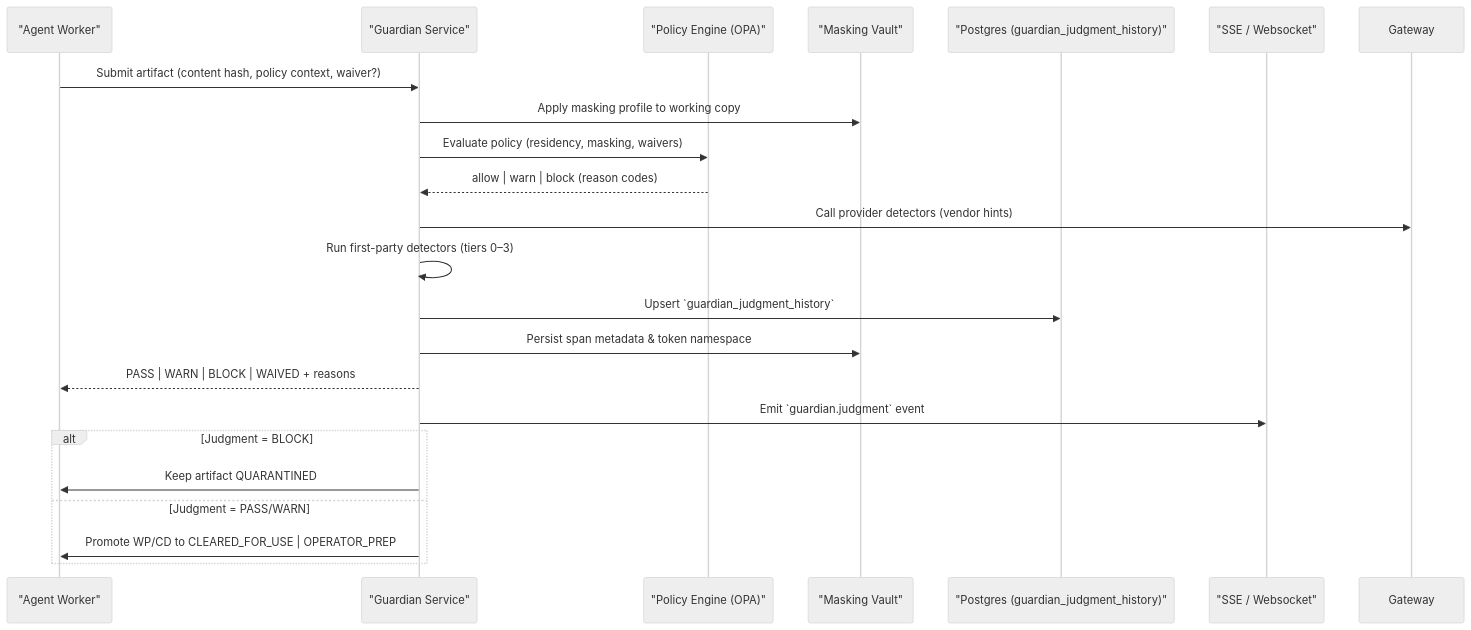
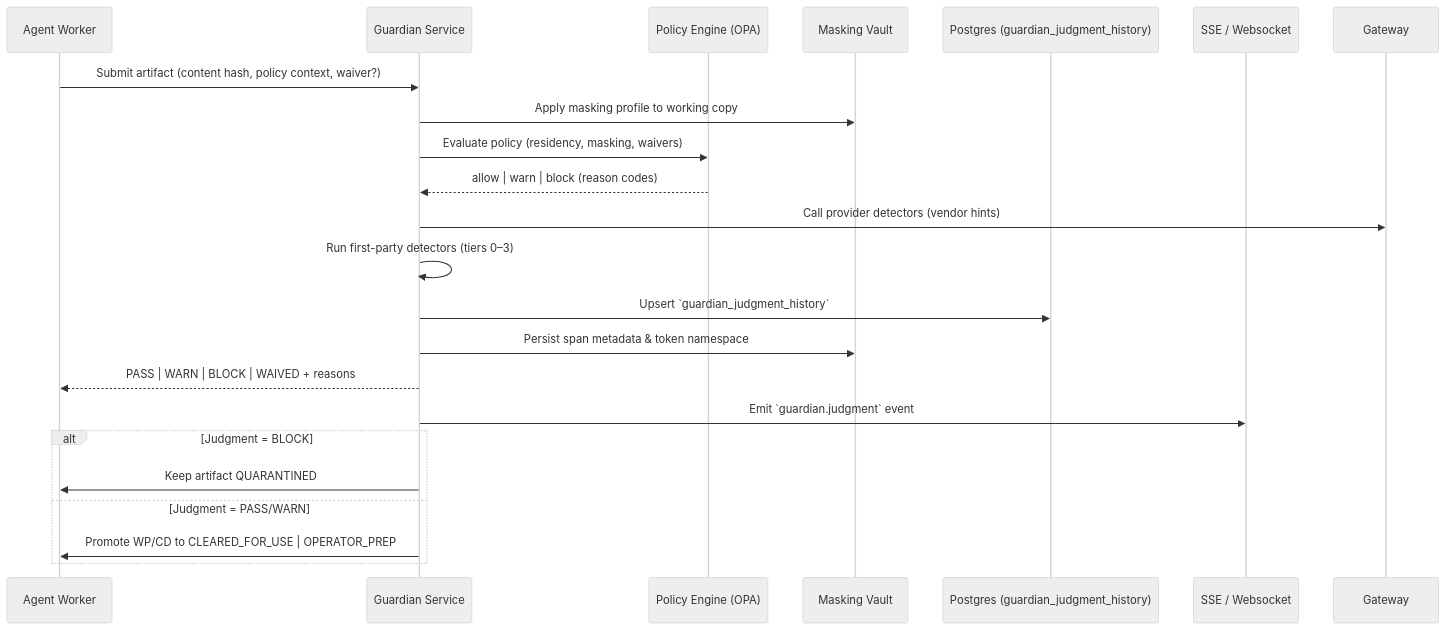
Before and after one commit to PantherianCodeX/udocket.com: the diagram in docs/diagrams/guardian-judgment-flow-v1.mmd, drawn with Mermaid (neutral theme). The commit also changed 54 other files, not shown here.

Commit message:
docs: realign diagram tooling

```diff
--- a/docs/diagrams/guardian-judgment-flow-v1.mmd
+++ b/docs/diagrams/guardian-judgment-flow-v1.mmd
@@ -1,25 +1,25 @@
 %% Mermaid sequence diagram: Guardian judgment pipeline v1
 %%{init: {"flowchart": {"htmlLabels": false}, "class": {"htmlLabels": false}, "state": {"htmlLabels": false}, "er": {"htmlLabels": false}, "journey": {"htmlLabels": false}, "timeline": {"htmlLabels": false}}}%%
 sequenceDiagram
-  participant Worker as "Agent Worker"
-  participant Guardian as "Guardian Service"
-  participant OPA as "Policy Engine (OPA)"
-  participant Vault as "Masking Vault"
-  participant DB as "Postgres (guardian_judgment_history)"
-  participant SSE as "SSE / Websocket"
+  participant Worker as Agent Worker
+  participant Guardian as Guardian Service
+  participant OPA as Policy Engine (OPA)
+  participant Vault as Masking Vault
+  participant DB as Postgres (guardian_judgment_history)
+  participant SSE as SSE / Websocket
 
   Worker->>Guardian: Submit artifact (content hash, policy context, waiver?)
   Guardian->>Vault: Apply masking profile to working copy
   Guardian->>OPA: Evaluate policy (residency, masking, waivers)
   OPA-->>Guardian: allow | warn | block (reason codes)
   Guardian->>Gateway: Call provider detectors (vendor hints)
   Guardian->>Guardian: Run first-party detectors (tiers 0–3)
   Guardian->>DB: Upsert `guardian_judgment_history`
   Guardian->>Vault: Persist span metadata & token namespace
   Guardian-->>Worker: PASS | WARN | BLOCK | WAIVED + reasons
   Guardian->>SSE: Emit `guardian.judgment` event
   alt Judgment = BLOCK
     Guardian->>Worker: Keep artifact QUARANTINED
   else Judgment = PASS/WARN
     Guardian->>Worker: Promote WP/CD to CLEARED_FOR_USE | OPERATOR_PREP
   end
```
